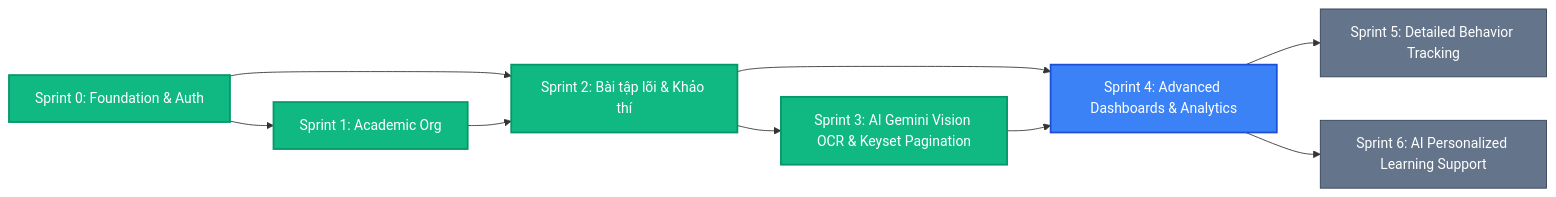
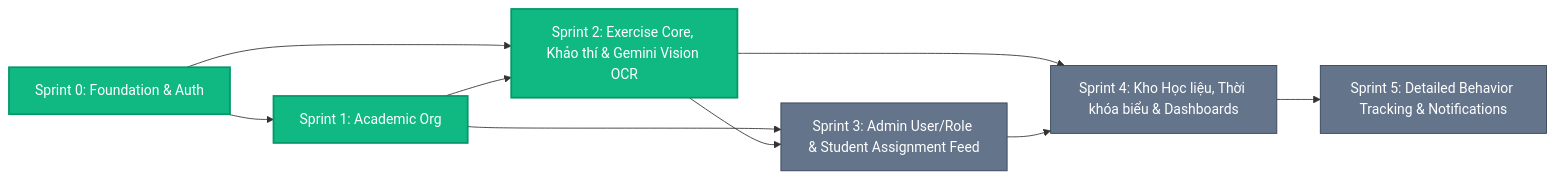
One commit to NguyenVanQThanh/tk_teacher_assistance_system changed the eighth of 8 diagrams in docs/v_1/business_overview.md. Above: the diagram before and after it, drawn with Mermaid. The commit also changed other lines of this file and 11 other files, not shown here.

Commit message:
docs(tracking): sync implementation gap audit across sprints and add sprint 4 task files

````diff
--- a/docs/v_1/business_overview.md
+++ b/docs/v_1/business_overview.md
@@ -228,19 +228,17 @@
 ```mermaid
 graph LR
     S0[Sprint 0: Foundation & Auth] --> S1[Sprint 1: Academic Org]
-    S0 --> S2[Sprint 2: Bài tập lõi & Khảo thí]
+    S0 --> S2[Sprint 2: Exercise Core, Khảo thí & Gemini Vision OCR]
     S1 --> S2
-    S2 --> S3[Sprint 3: AI Gemini Vision OCR & Keyset Pagination]
-    S2 --> S4[Sprint 4: Advanced Dashboards & Analytics]
+    S1 --> S3[Sprint 3: Admin User/Role & Student Assignment Feed]
+    S2 --> S3
+    S2 --> S4[Sprint 4: Kho Học liệu, Thời khóa biểu & Dashboards]
     S3 --> S4
-    S4 --> S5[Sprint 5: Detailed Behavior Tracking]
-    S4 --> S6[Sprint 6: AI Personalized Learning Support]
+    S4 --> S5[Sprint 5: Detailed Behavior Tracking & Notifications]
 
     classDef done fill:#10b981,stroke:#059669,stroke-width:2px,color:#ffffff;
-    classDef inprog fill:#3b82f6,stroke:#1d4ed8,stroke-width:2px,color:#ffffff;
     classDef planned fill:#64748b,stroke:#334155,stroke-width:1px,color:#ffffff;
 
-    class S0,S1,S2,S3 done;
-    class S4 inprog;
-    class S5,S6 planned;
+    class S0,S1,S2 done;
+    class S3,S4,S5 planned;
 ```
````
